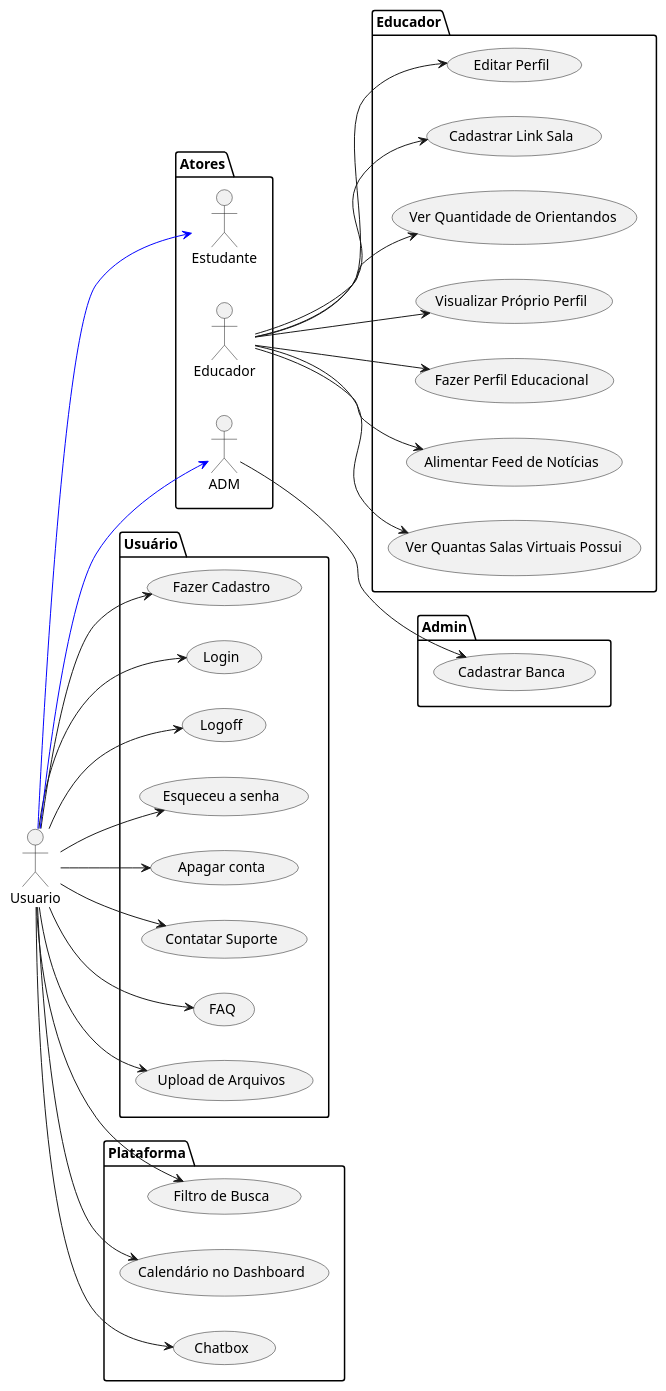
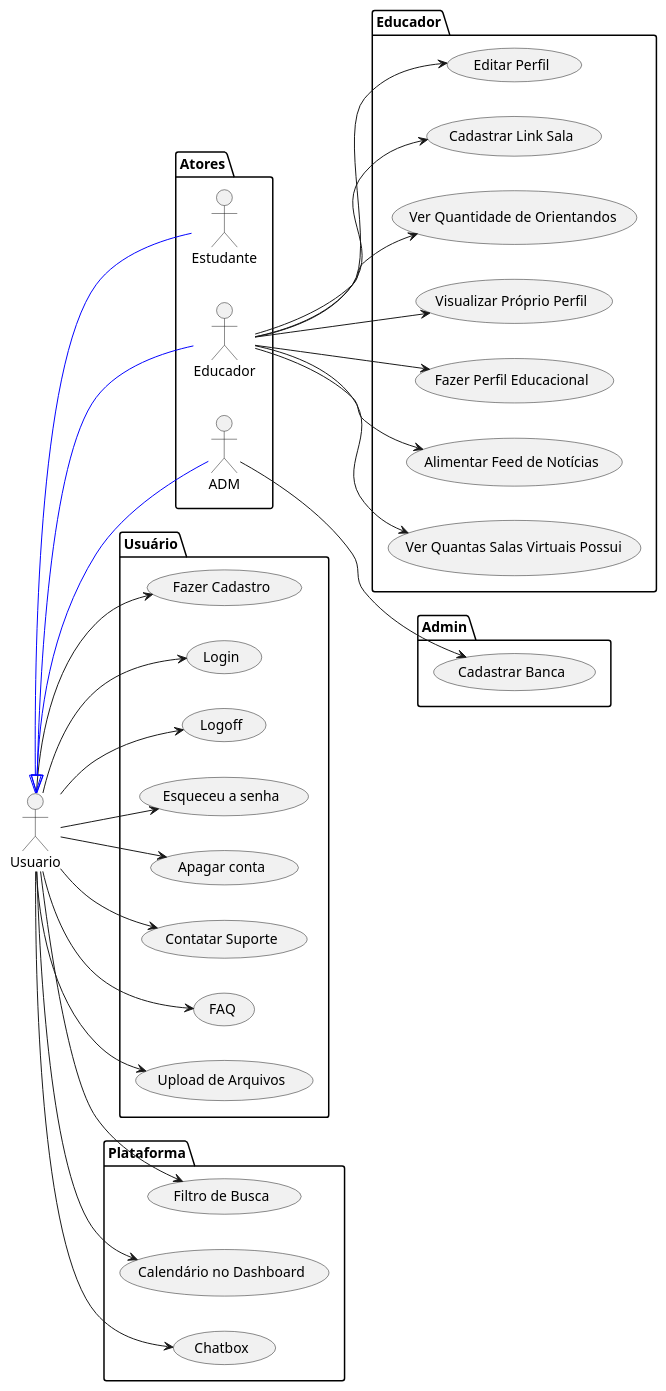
One commit to HookCycle/BITcc changed the diagram in doc/requirements.md. Above: the diagram before and after it, drawn with PlantUML.

Commit message:
Main | Update PlantUML Actors inheritance

````diff
--- a/doc/requirements.md
+++ b/doc/requirements.md
@@ -38,59 +38,60 @@
 ```plantuml
 @startuml
 left to right direction
 actor Usuario as u
 package Atores {
   actor Estudante as e
   actor "Educador" as or
   actor "ADM" as Ad
 }
 package Usuário {
   usecase "Fazer Cadastro" as RF01
   usecase "Login" as RF02
   usecase "Logoff" as RF03
   usecase "Esqueceu a senha" as RF04
   usecase "Apagar conta" as RF05
   usecase "Contatar Suporte" as RF06
   usecase "FAQ" as RF07
   usecase "Upload de Arquivos" as RF08
 }
 package Admin{
   usecase "Cadastrar Banca" as RF09
 }
 package Educador{
   usecase "Editar Perfil" as RF10
   usecase "Cadastrar Link Sala" as RF11
   usecase "Ver Quantidade de Orientandos" as RF12
   usecase "Visualizar Próprio Perfil" as RF13
   usecase "Fazer Perfil Educacional" as RF14
   usecase "Alimentar Feed de Notícias" as RF15
   usecase "Ver Quantas Salas Virtuais Possui" as RF16
 }
 package Plataforma{
   usecase "Filtro de Busca" as RF17
   usecase "Calendário no Dashboard" as RF18
   usecase "Chatbox" as RF19
 }
   u --> RF01
   u --> RF02
   u --> RF03
   u --> RF04
   u --> RF05
   u --> RF06
   u --> RF07
   u --> RF08
-u -[#0000FF]-> e
-u -[#0000FF]-> Ad
+u <|-[#0000FF]- e
+u <|-[#0000FF]- Ad
+u <|-[#0000FF]- or
   Ad --> RF09
   or --> RF10
   or --> RF11
   or --> RF12
   or --> RF13
   or --> RF14
   or --> RF15
   or --> RF16
   u --> RF17
   u --> RF18
   u --> RF19
 @enduml
 ```
````
